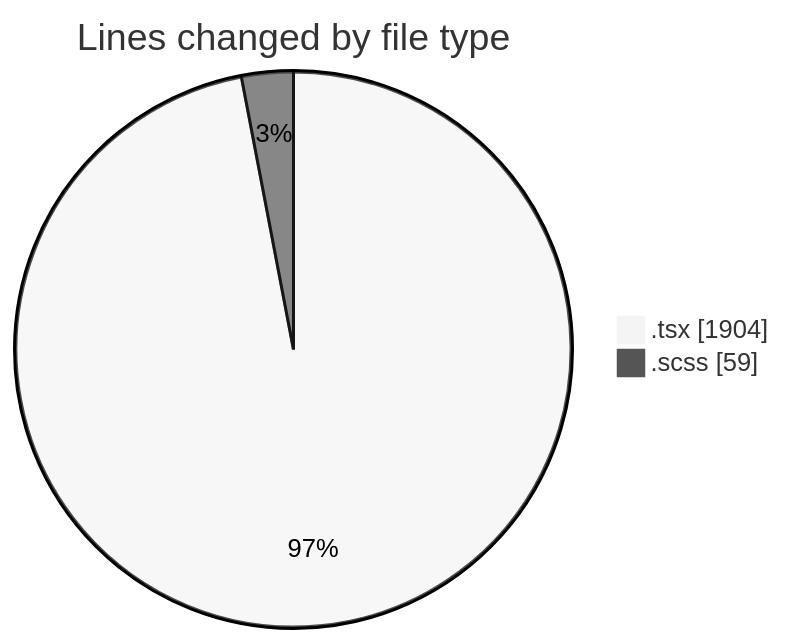
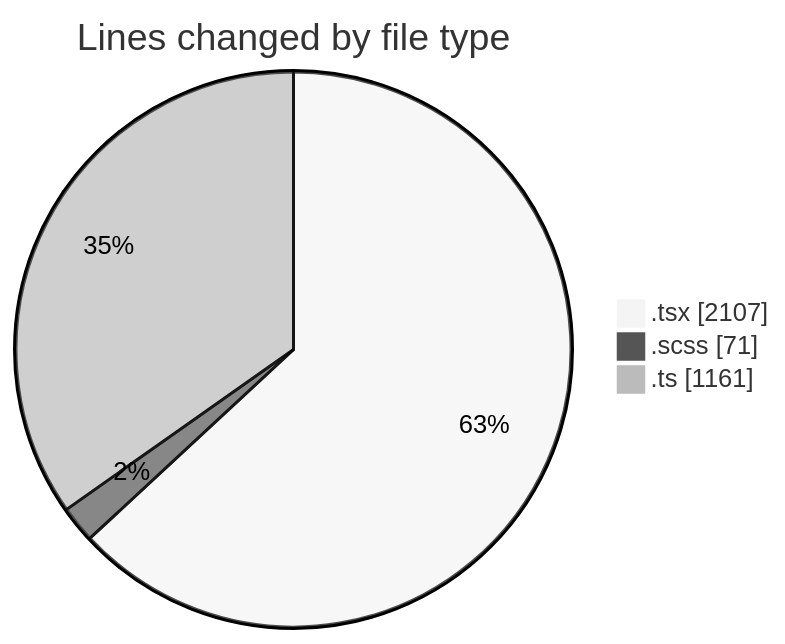
Before and after one commit to momahboobian/code-tracking: the first of 2 diagrams in 2026-09-10/cda/README.md, drawn with Mermaid (neutral theme). The commit also changed other lines of this file and 1 other file, not shown here.

````diff
--- a/2026-09-10/cda/README.md
+++ b/2026-09-10/cda/README.md
@@ -29,6 +30,7 @@
 ```mermaid
 pie showData
 title Lines changed by file type
-".tsx" : 1904
-".scss" : 59
+".tsx" : 2107
+".scss" : 71
+".ts" : 1161
 ```
````
